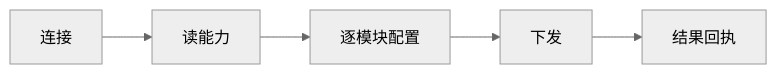
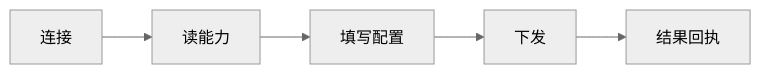
Before and after one commit to Oreofilling/wiki-documents: the diagram in docs/7-neolinker/2-user-guide/3-provision-device.md, drawn with Mermaid (neutral theme). The commit also changed other lines of this file and 15 other files, not shown here.

````diff
--- a/docs/7-neolinker/2-user-guide/3-provision-device.md
+++ b/docs/7-neolinker/2-user-guide/3-provision-device.md
@@ -12,4 +12,4 @@
 ```mermaid
 flowchart LR
-    A["连接"] --> B["读能力"] --> C["逐模块配置"] --> D["下发"] --> E["结果回执"]
+    A["连接"] --> B["读能力"] --> C["填写配置"] --> D["下发"] --> E["结果回执"]
 ```
````
